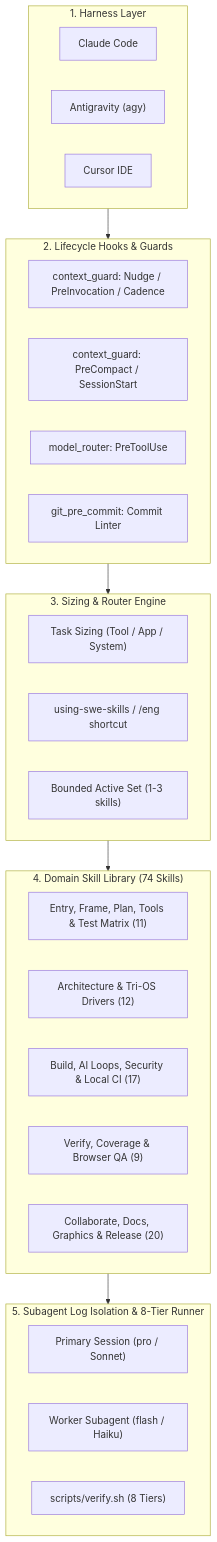
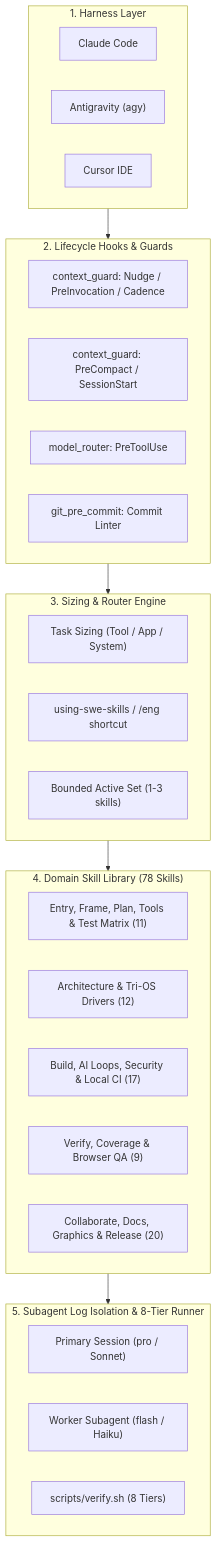
Before and after one commit to bsommers/swe-skills-2: the diagram in docs/architecture.md, drawn with Mermaid. The commit also changed 22 other files, not shown here.

````diff
--- a/docs/architecture.md
+++ b/docs/architecture.md
@@ -15,40 +15,40 @@
 ```mermaid
 flowchart TD
     subgraph HarnessLayer["1. Harness Layer"]
         Claude["Claude Code"]
         Agy["Antigravity (agy)"]
         Cursor["Cursor IDE"]
     end
 
     subgraph HookLayer["2. Lifecycle Hooks & Guards"]
         Nudge["context_guard: Nudge / PreInvocation / Cadence"]
         CompGuard["context_guard: PreCompact / SessionStart"]
         RouterGuard["model_router: PreToolUse"]
         GitGuard["git_pre_commit: Commit Linter"]
     end
 
     subgraph RoutingLayer["3. Sizing & Router Engine"]
         Sizer["Task Sizing (Tool / App / System)"]
         Router["using-swe-skills / /eng shortcut"]
         ActiveSet["Bounded Active Set (1-3 skills)"]
     end
 
-    subgraph SkillTaxonomy["4. Domain Skill Library (74 Skills)"]
+    subgraph SkillTaxonomy["4. Domain Skill Library (78 Skills)"]
         FramePlan["Entry, Frame, Plan, Tools & Test Matrix (11)"]
         ArchDomain["Architecture & Tri-OS Drivers (12)"]
         BuildDomain["Build, AI Loops, Security & Local CI (17)"]
         VerifyDomain["Verify, Coverage & Browser QA (9)"]
         CollabDomain["Collaborate, Docs, Graphics & Release (20)"]
     end
 
     subgraph IsolationLayer["5. Subagent Log Isolation & 8-Tier Runner"]
         Primary["Primary Session (pro / Sonnet)"]
         Worker["Worker Subagent (flash / Haiku)"]
         VerifySh["scripts/verify.sh (8 Tiers)"]
     end
 
     HarnessLayer --> HookLayer
     HookLayer --> RoutingLayer
     RoutingLayer --> SkillTaxonomy
     SkillTaxonomy --> IsolationLayer
 ```
````
